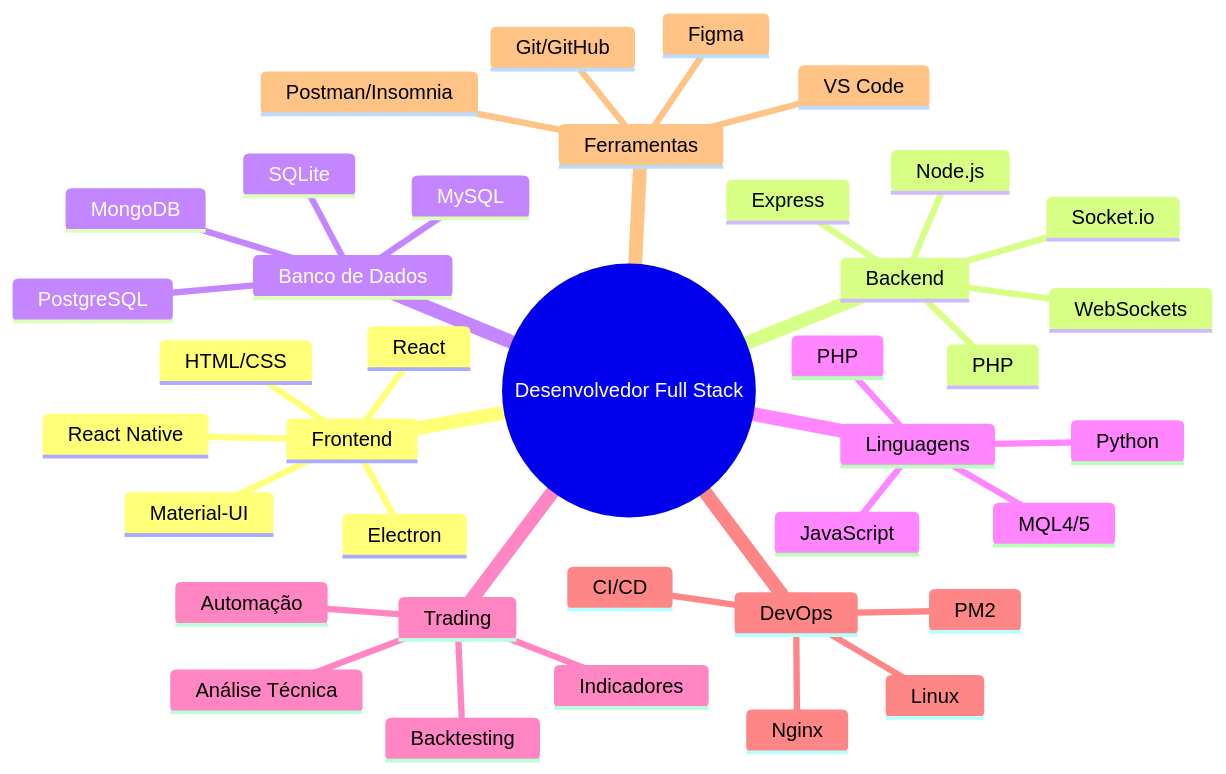
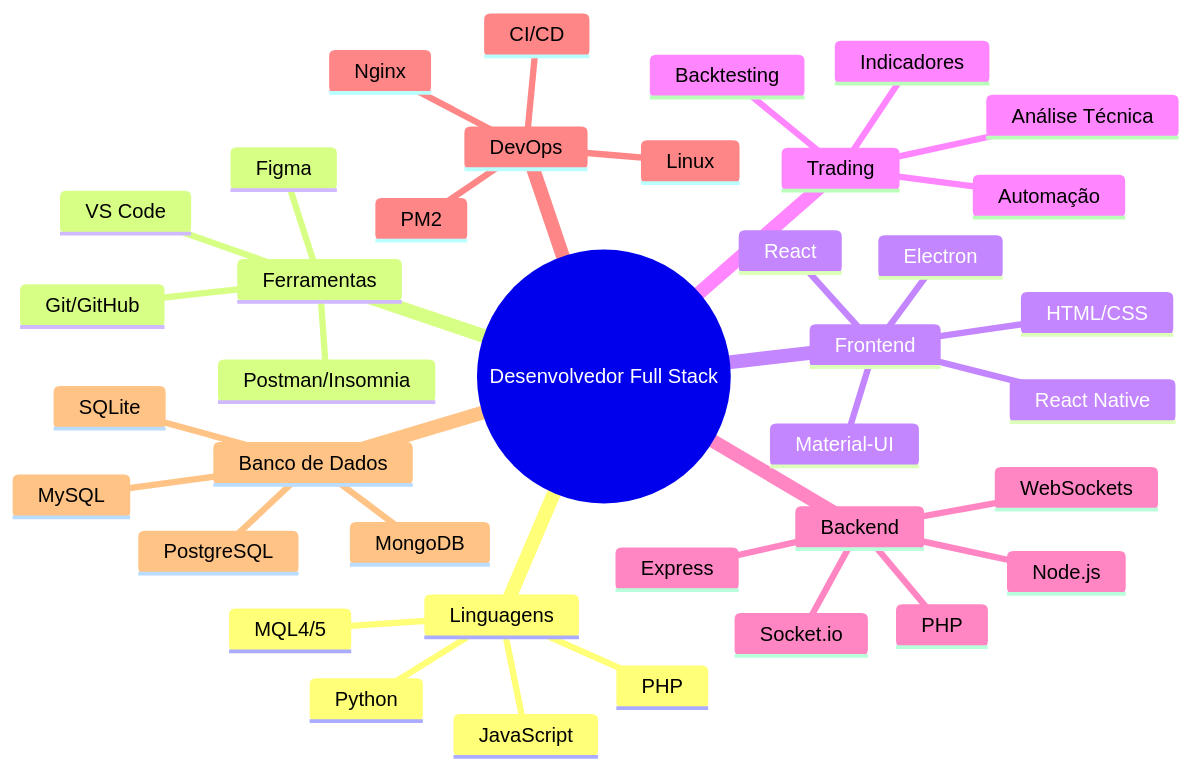
One commit to AlesonPungirum/AlesonPungirum changed the first of 4 diagrams in README.md. Above: the diagram before and after it, drawn with Mermaid. The commit also changed other lines of this file, not shown here.

````diff
--- a/README.md
+++ b/README.md
@@ -38,41 +38,41 @@
 ```mermaid
 mindmap
   root((Desenvolvedor Full Stack))
+    Linguagens
+      JavaScript
+      Python
+      PHP
+      MQL4/5
+    Ferramentas
+      VS Code
+      Git/GitHub
+      Postman/Insomnia
+      Figma
     Frontend
       React
       React Native
       HTML/CSS
       Material-UI
       Electron
+    Trading
+      Análise Técnica
+      Indicadores
+      Backtesting
+      Automação
     Backend
       Node.js
       PHP
       Socket.io
       Express
       WebSockets
+    DevOps
+      Linux
+      Nginx
+      PM2
+      CI/CD
     Banco de Dados
       MySQL
       MongoDB
       SQLite
       PostgreSQL
-    Linguagens
-      JavaScript
-      Python
-      PHP
-      MQL4/5
-    Trading
-      Análise Técnica
-      Indicadores
-      Backtesting
-      Automação
-    DevOps
-      Linux
-      Nginx
-      PM2
-      CI/CD
-    Ferramentas
-      VS Code
-      Git/GitHub
-      Postman/Insomnia
-      Figma
 ```
````
